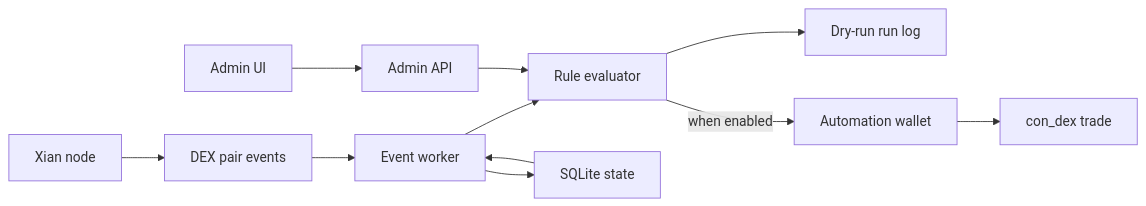
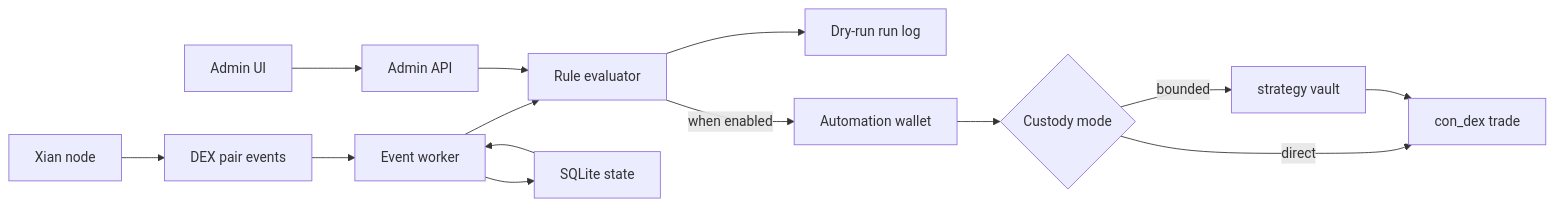
The diagram in README.md (xian-technology/xian-dex-automation), drawn with Mermaid before and after one commit. The commit also changed other lines of this file and 22 other files, not shown here.

First line of the commit message:
Add bounded strategy-vault automation (#1)

````diff
--- a/README.md
+++ b/README.md
@@ -16,13 +16,16 @@
 ```mermaid
 flowchart LR
   Node["Xian node"] --> Events["DEX pair events"]
   Events --> Worker["Event worker"]
   Worker --> Rules["Rule evaluator"]
   Rules --> DryRun["Dry-run run log"]
   Rules -->|when enabled| Wallet["Automation wallet"]
-  Wallet --> DEX["con_dex trade"]
+  Wallet --> Custody{"Custody mode"}
+  Custody -->|direct| DEX["con_dex trade"]
+  Custody -->|bounded| Vault["strategy vault"]
+  Vault --> DEX
   API["Admin API"] --> Rules
   UI["Admin UI"] --> API
   Storage["SQLite state"] --> Worker
   Worker --> Storage
 ```
````
